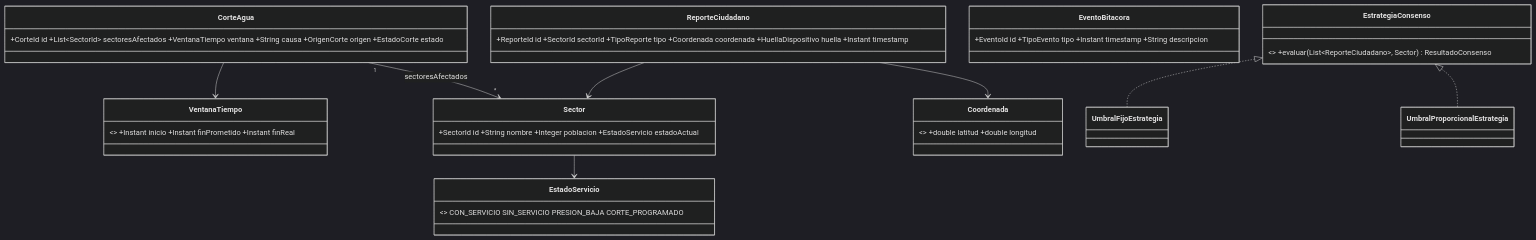
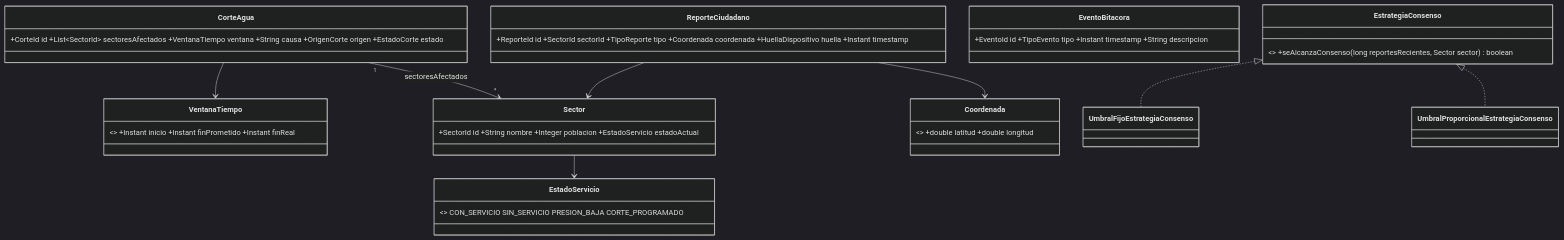
One commit to SebastianMontes-Dev/Agua-Vigia-CTG-privado changed the diagram in docs/ingenieria/modelo-de-dominio.md. Above: the diagram before and after it, drawn with Mermaid (dark theme). The commit also changed other lines of this file and 75 other files, not shown here.

````diff
--- a/docs/ingenieria/modelo-de-dominio.md
+++ b/docs/ingenieria/modelo-de-dominio.md
@@ -73,23 +79,23 @@
 ```mermaid
 classDiagram
   class Coordenada { <<record>> +double latitud +double longitud }
   class VentanaTiempo { <<record>> +Instant inicio +Instant finPrometido +Instant finReal }
   class EstadoServicio { <<enumeration>> CON_SERVICIO SIN_SERVICIO PRESION_BAJA CORTE_PROGRAMADO }
 
   class Sector { +SectorId id +String nombre +Integer poblacion +EstadoServicio estadoActual }
   class CorteAgua { +CorteId id +List~SectorId~ sectoresAfectados +VentanaTiempo ventana +String causa +OrigenCorte origen +EstadoCorte estado }
   class ReporteCiudadano { +ReporteId id +SectorId sectorId +TipoReporte tipo +Coordenada coordenada +HuellaDispositivo huella +Instant timestamp }
   class EventoBitacora { +EventoId id +TipoEvento tipo +Instant timestamp +String descripcion }
 
-  class EstrategiaConsenso { <<interface>> +evaluar(List~ReporteCiudadano~, Sector) ResultadoConsenso }
-  class UmbralFijoEstrategia
-  class UmbralProporcionalEstrategia
-  EstrategiaConsenso <|.. UmbralFijoEstrategia
-  EstrategiaConsenso <|.. UmbralProporcionalEstrategia
+  class EstrategiaConsenso { <<interface>> +seAlcanzaConsenso(long reportesRecientes, Sector sector) boolean }
+  class UmbralFijoEstrategiaConsenso
+  class UmbralProporcionalEstrategiaConsenso
+  EstrategiaConsenso <|.. UmbralFijoEstrategiaConsenso
+  EstrategiaConsenso <|.. UmbralProporcionalEstrategiaConsenso
 
   CorteAgua --> VentanaTiempo
   CorteAgua "1" --> "*" Sector : sectoresAfectados
   ReporteCiudadano --> Sector
   ReporteCiudadano --> Coordenada
   Sector --> EstadoServicio
 ```
````
